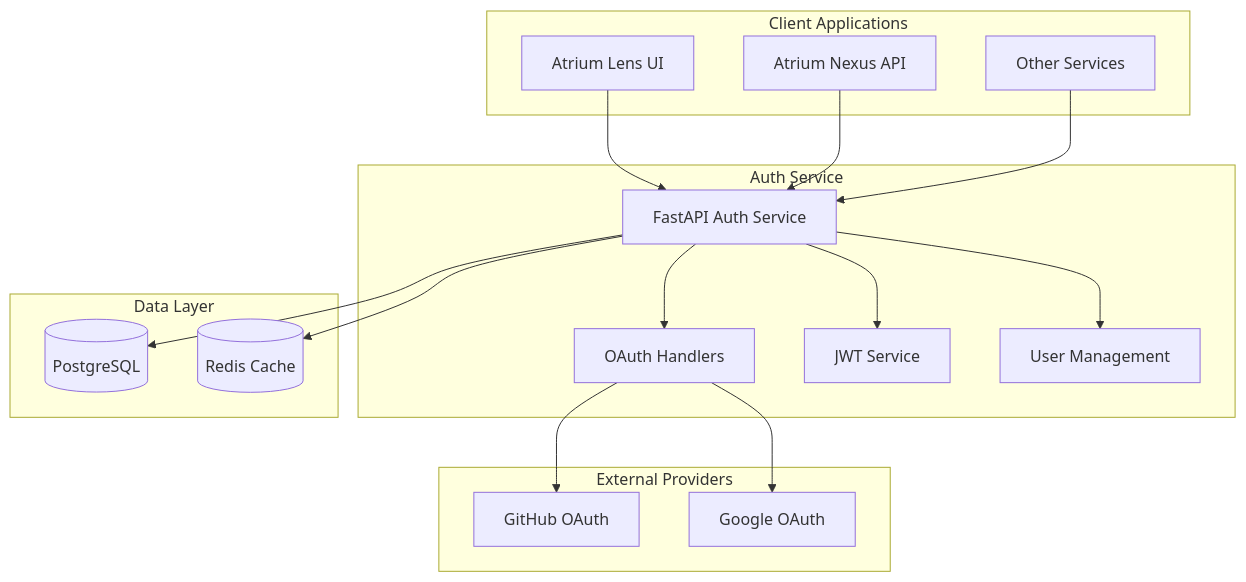
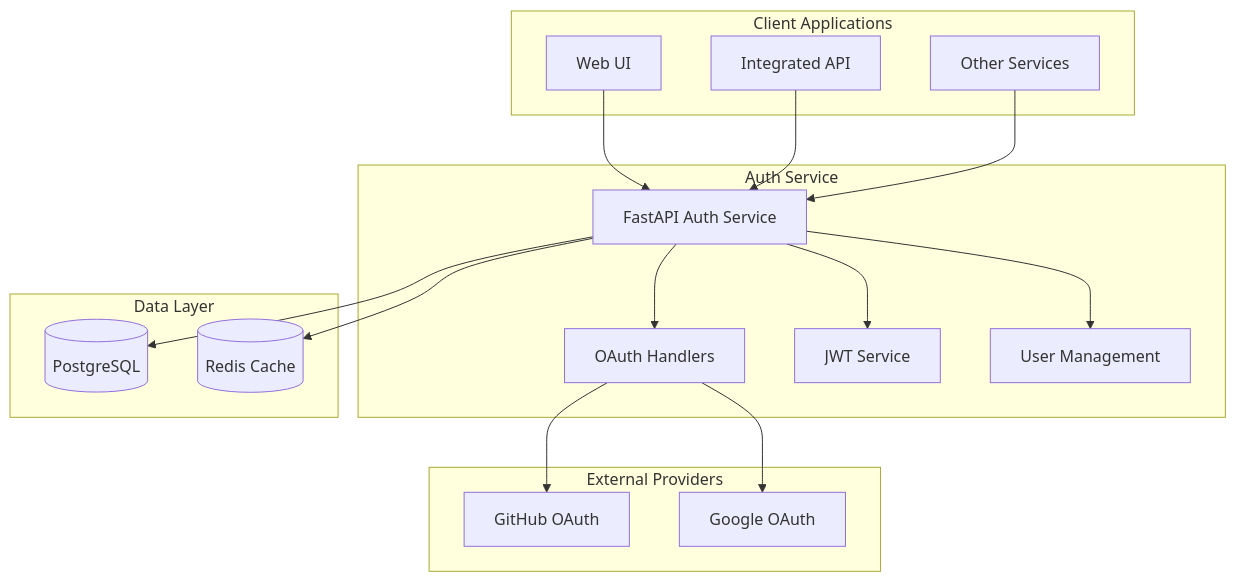
The diagram in README.md (tecteluy/docker-fastapi-auth), drawn with Mermaid before and after one commit. The commit also changed other lines of this file, not shown here.

````diff
--- a/README.md
+++ b/README.md
@@ -47,36 +47,36 @@
 ```mermaid
 graph TB
     subgraph "Client Applications"
-        A[Atrium Lens UI]
-        B[Atrium Nexus API]
+        A[Web UI]
+        B[Integrated API]
         C[Other Services]
     end
     
     subgraph "Auth Service"
         D[FastAPI Auth Service]
         E[OAuth Handlers]
         F[JWT Service]
         G[User Management]
     end
     
     subgraph "Data Layer"
         H[(PostgreSQL)]
         I[(Redis Cache)]
     end
     
     subgraph "External Providers"
         J[GitHub OAuth]
         K[Google OAuth]
     end
     
     A --> D
     B --> D
     C --> D
     D --> E
     D --> F
     D --> G
     D --> H
     D --> I
     E --> J
     E --> K
 ```
````
